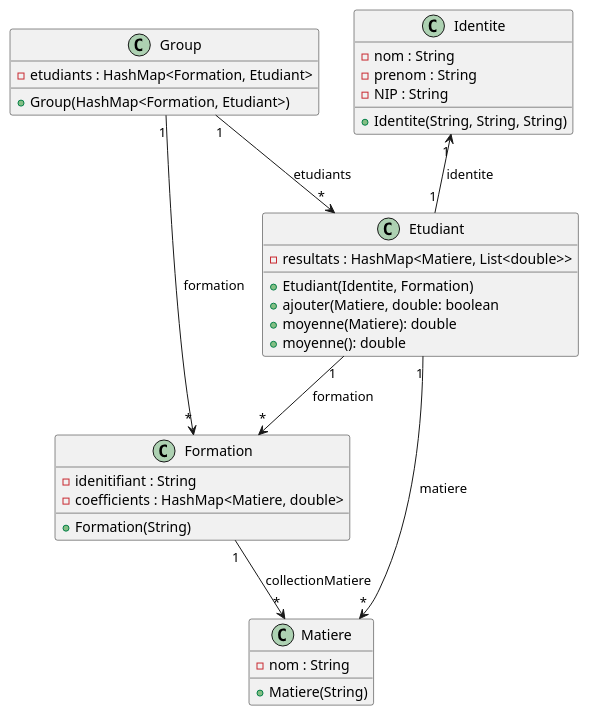
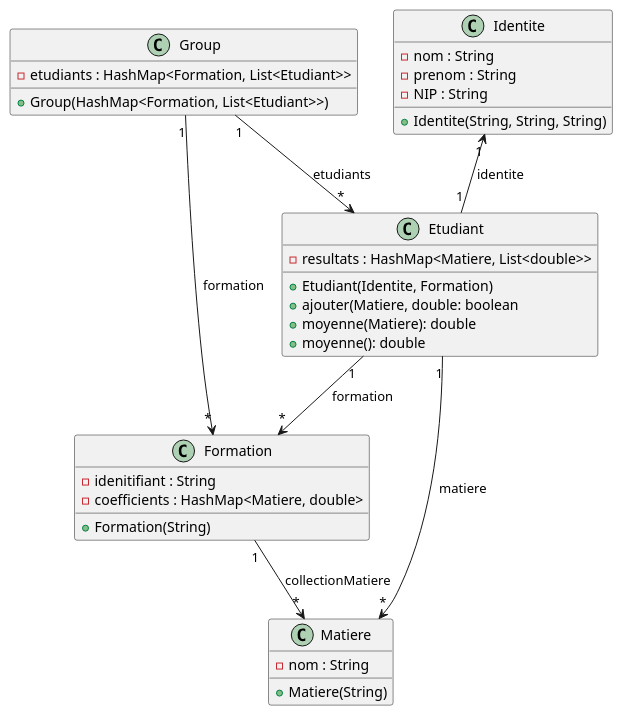
The diagram in TP2Exo3/Diagramme_De_Classe.puml (AssalHugo/TP2Exo3), drawn with PlantUML before and after one commit.

Commit message:
Modifications mineures

```diff
--- a/TP2Exo3/Diagramme_De_Classe.puml
+++ b/TP2Exo3/Diagramme_De_Classe.puml
@@ -1,42 +1,42 @@
 @startuml
 'https://plantuml.com/class-diagram
 
 class Etudiant{
  - resultats : HashMap<Matiere, List<double>>
     + Etudiant(Identite, Formation)
     + ajouter(Matiere, double: boolean
     + moyenne(Matiere): double
     + moyenne(): double
 }
 
 class Identite{
  - nom : String
  - prenom : String
  - NIP : String
     + Identite(String, String, String)
 }
 
 class Formation{
 - idenitifiant : String
 - coefficients : HashMap<Matiere, double>
     + Formation(String)
 }
 
 class Matiere{
  - nom : String
     + Matiere(String)
 }
 
 class Group{
-- etudiants : HashMap<Formation, Etudiant>
-    + Group(HashMap<Formation, Etudiant>)
+- etudiants : HashMap<Formation, List<Etudiant>>
+    + Group(HashMap<Formation, List<Etudiant>>)
 }
 
 Identite "1" <-- "1" Etudiant : identite
 Etudiant "1" --> "*" Formation : formation
 Etudiant "1" --> "*" Matiere : matiere
 Formation "1" --> "*" Matiere : collectionMatiere
 Group  "1" --> "*" Formation : formation
 Group  "1" --> "*" Etudiant : etudiants
 
 @enduml
```
